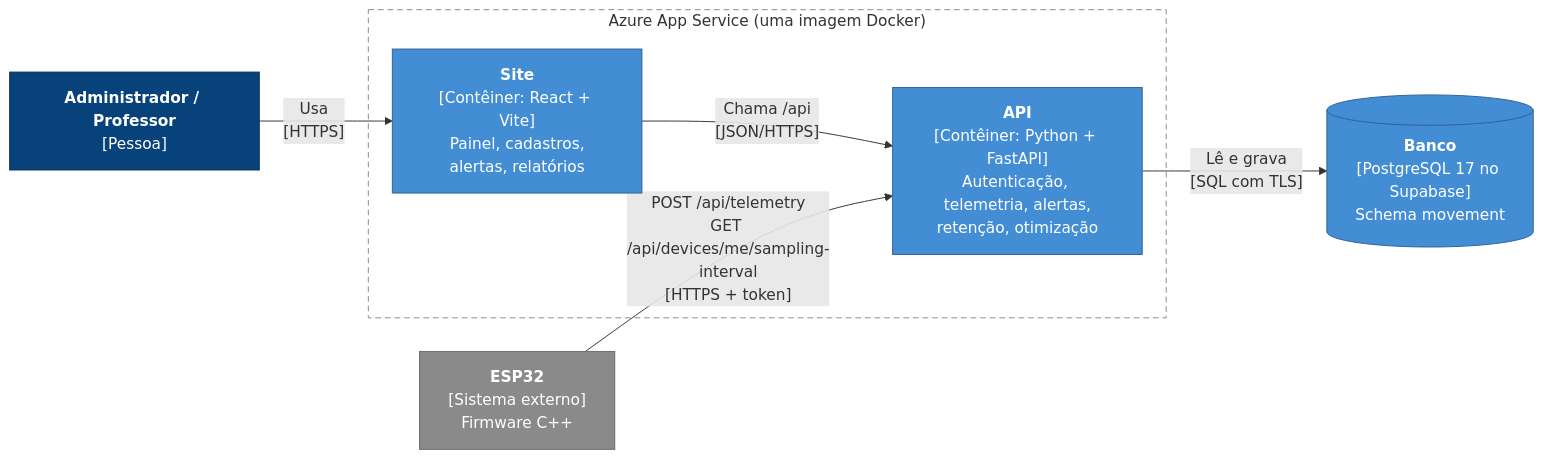
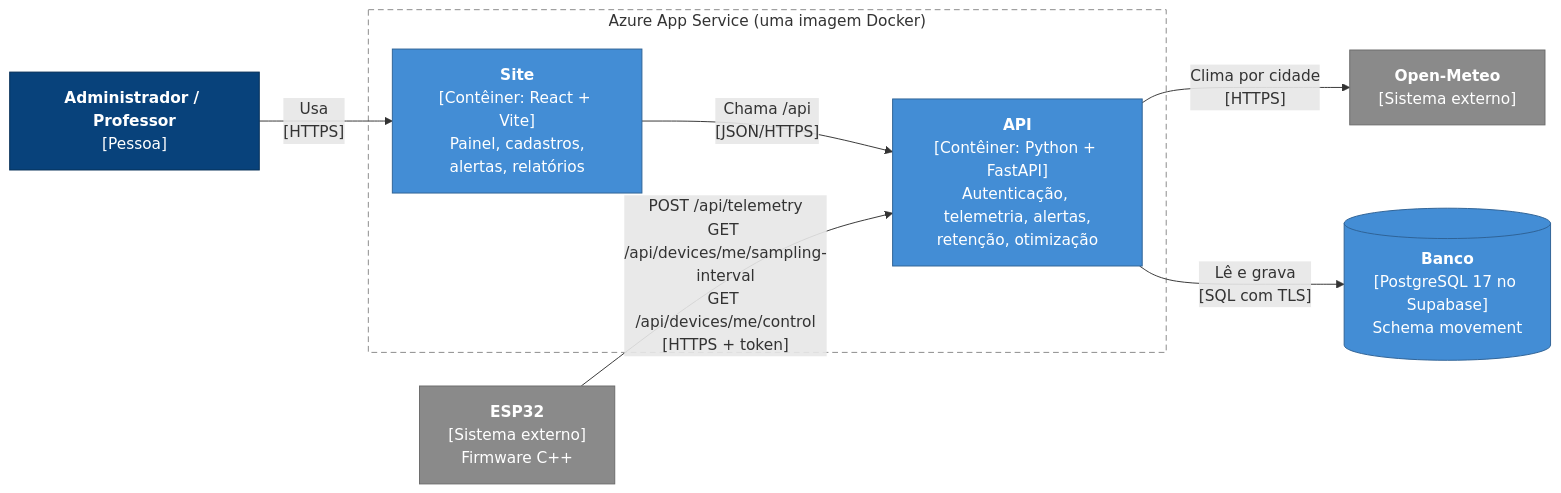
Before and after one commit to expotech2026-2/Projeto-Movement-2.0: the second of 5 diagrams in docs/arquitetura.md, drawn with Mermaid. The commit also changed other lines of this file and 26 other files, not shown here.

First line of the commit message:
feat: controle do professor, clima externo e alvo pelo corpo humano (NR-17)

````diff
--- a/docs/arquitetura.md
+++ b/docs/arquitetura.md
@@ -41,21 +45,23 @@
 ```mermaid
 flowchart LR
   user["<b>Administrador / Professor</b><br/>[Pessoa]"]
   esp["<b>ESP32</b><br/>[Sistema externo]<br/>Firmware C++"]
   subgraph az["Azure App Service (uma imagem Docker)"]
     spa["<b>Site</b><br/>[Contêiner: React + Vite]<br/>Painel, cadastros,<br/>alertas, relatórios"]
     api["<b>API</b><br/>[Contêiner: Python + FastAPI]<br/>Autenticação, telemetria, alertas,<br/>retenção, otimização"]
   end
   db[("<b>Banco</b><br/>[PostgreSQL 17 no Supabase]<br/>Schema movement")]
+  meteo["<b>Open-Meteo</b><br/>[Sistema externo]"]
   user -- "Usa<br/>[HTTPS]" --> spa
   spa -- "Chama /api<br/>[JSON/HTTPS]" --> api
-  esp -- "POST /api/telemetry<br/>GET /api/devices/me/sampling-interval<br/>[HTTPS + token]" --> api
+  esp -- "POST /api/telemetry<br/>GET /api/devices/me/sampling-interval<br/>GET /api/devices/me/control<br/>[HTTPS + token]" --> api
+  api -- "Clima por cidade<br/>[HTTPS]" --> meteo
   api -- "Lê e grava<br/>[SQL com TLS]" --> db
   classDef person fill:#08427b,stroke:#052e56,color:#ffffff
   classDef container fill:#438dd5,stroke:#2e6295,color:#ffffff
   classDef external fill:#8a8a8a,stroke:#6b6b6b,color:#ffffff
   class user person
   class spa,api,db container
-  class esp external
+  class esp,meteo external
   style az fill:none,stroke:#888888,stroke-dasharray:6 4
 ```
````
